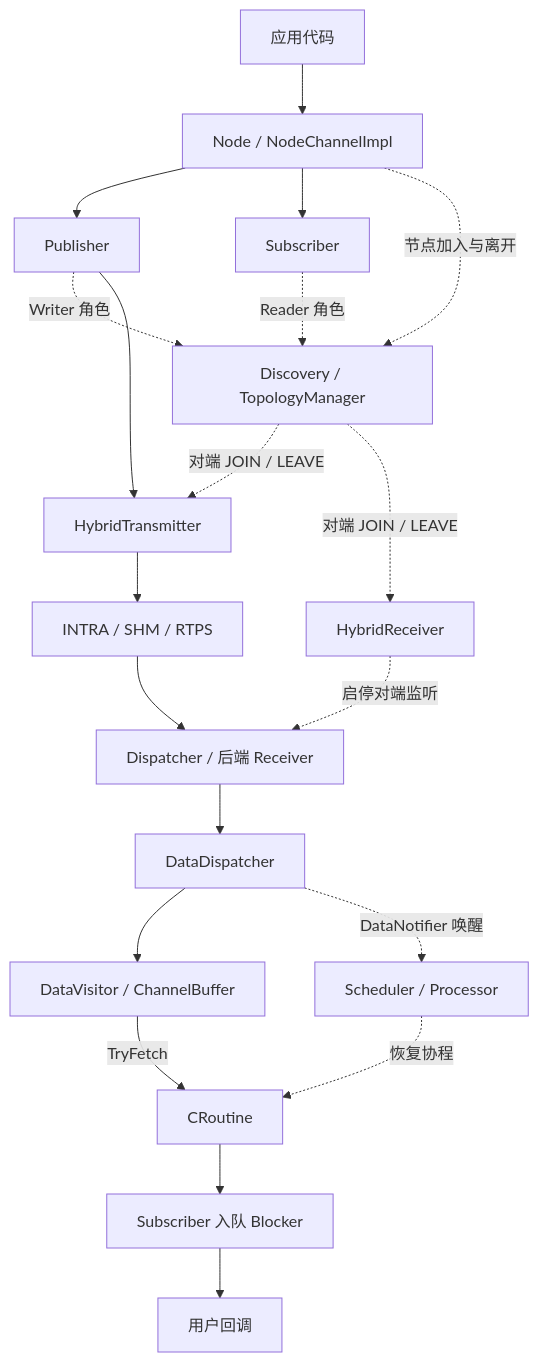
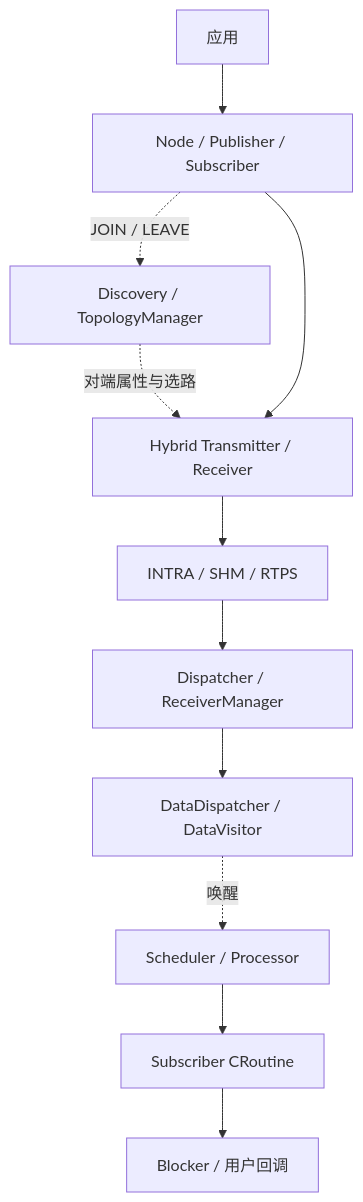
One commit to jzh03/cpp_MINI-CyberRT changed the first of 13 diagrams in doc/architecture.md. Above: the diagram before and after it, drawn with Mermaid. The commit also changed other lines of this file and 13 other files, not shown here.

````diff
--- a/doc/architecture.md
+++ b/doc/architecture.md
@@ -26,22 +22,13 @@
 ```mermaid
 flowchart TB
-    APP[应用代码] --> NODE[Node / NodeChannelImpl]
-    NODE --> PUB[Publisher]
-    NODE --> SUB[Subscriber]
-    NODE -. 节点加入与离开 .-> DISC[Discovery / TopologyManager]
-    PUB -. Writer 角色 .-> DISC
-    SUB -. Reader 角色 .-> DISC
-    DISC -. 对端 JOIN / LEAVE .-> HT[HybridTransmitter]
-    DISC -. 对端 JOIN / LEAVE .-> HR[HybridReceiver]
-    PUB --> HT
-    HT --> PATH[INTRA / SHM / RTPS]
-    PATH --> RX[Dispatcher / 后端 Receiver]
-    HR -. 启停对端监听 .-> RX
-    RX --> DD[DataDispatcher]
-    DD --> DV[DataVisitor / ChannelBuffer]
-    DD -. DataNotifier 唤醒 .-> SCH[Scheduler / Processor]
-    SCH -. 恢复协程 .-> CR[CRoutine]
-    DV -->|TryFetch| CR
-    CR --> ENQ[Subscriber 入队 Blocker]
-    ENQ --> CB[用户回调]
+    APP[应用] --> NODE[Node / Publisher / Subscriber]
+    NODE -. JOIN / LEAVE .-> DISC[Discovery / TopologyManager]
+    DISC -. 对端属性与选路 .-> HYBRID[Hybrid Transmitter / Receiver]
+    NODE --> HYBRID
+    HYBRID --> PATH[INTRA / SHM / RTPS]
+    PATH --> RX[Dispatcher / ReceiverManager]
+    RX --> DATA[DataDispatcher / DataVisitor]
+    DATA -. 唤醒 .-> SCH[Scheduler / Processor]
+    SCH --> CO[Subscriber CRoutine]
+    CO --> CB[Blocker / 用户回调]
 ```
````
